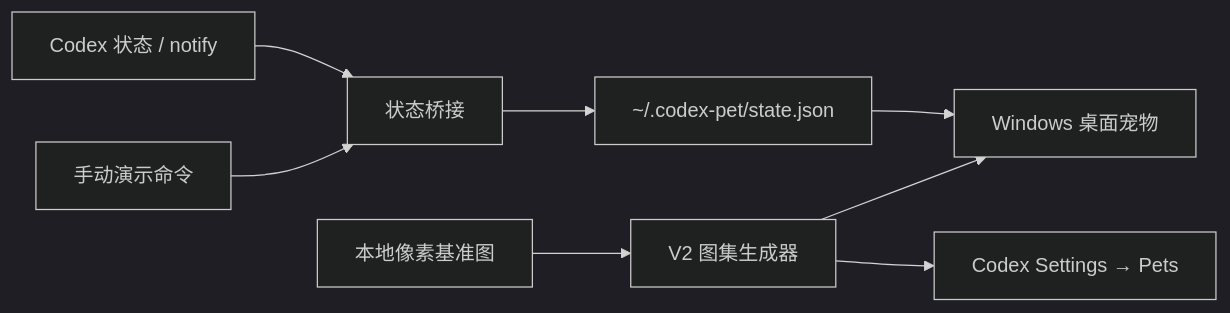
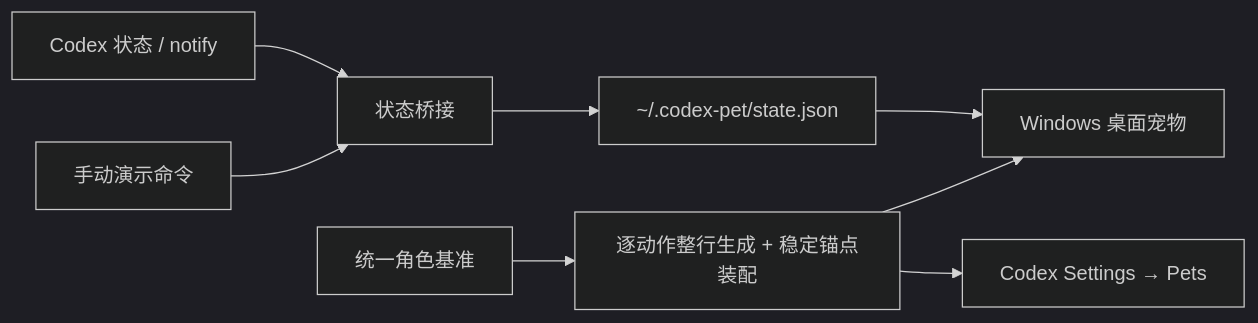
The diagram in README.md (Linzeyu912/codex-pet), drawn with Mermaid (dark theme) before and after one commit. The commit also changed other lines of this file and 8 other files, not shown here.

````diff
--- a/README.md
+++ b/README.md
@@ -186,10 +186,10 @@
 ```mermaid
 flowchart LR
     C["Codex 状态 / notify"] --> B["状态桥接"]
     M["手动演示命令"] --> B
     B --> S["~/.codex-pet/state.json"]
     S --> W["Windows 桌面宠物"]
-    A["本地像素基准图"] --> G["V2 图集生成器"]
+    A["统一角色基准"] --> G["逐动作整行生成 + 稳定锚点装配"]
     G --> W
     G --> P["Codex Settings → Pets"]
 ```
````
